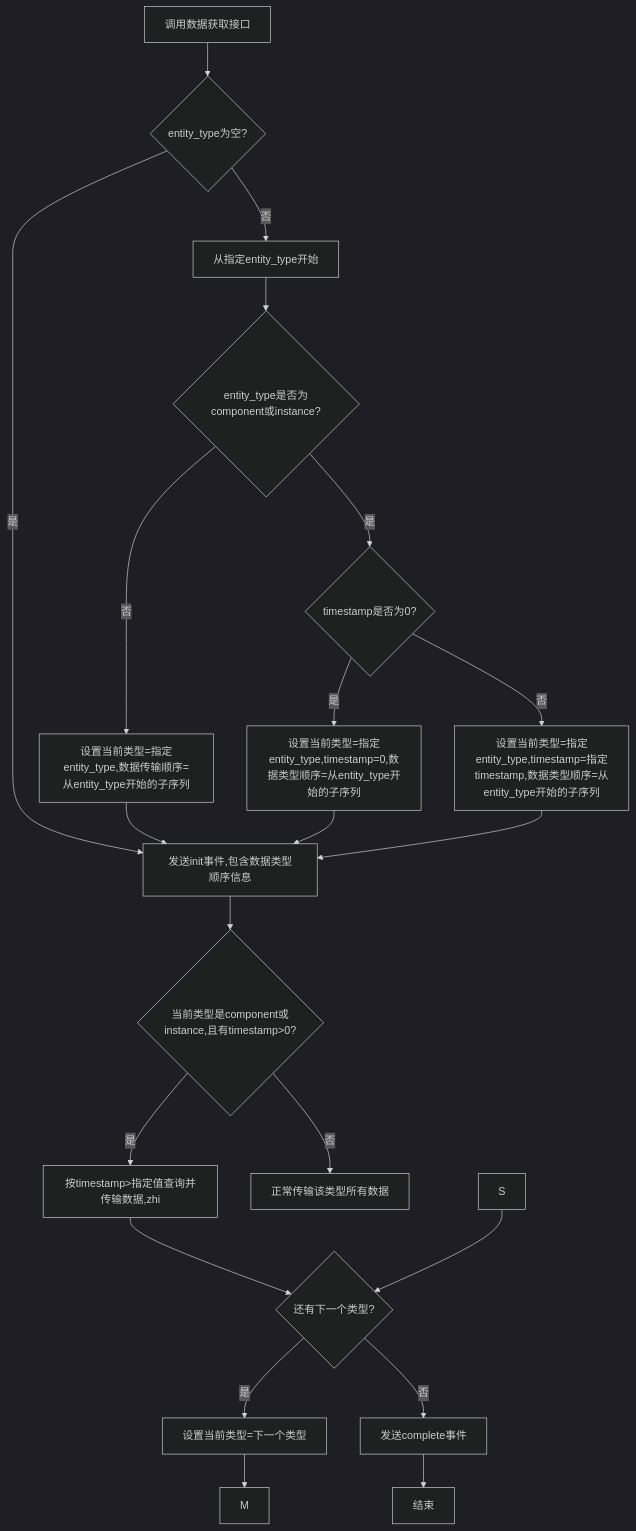
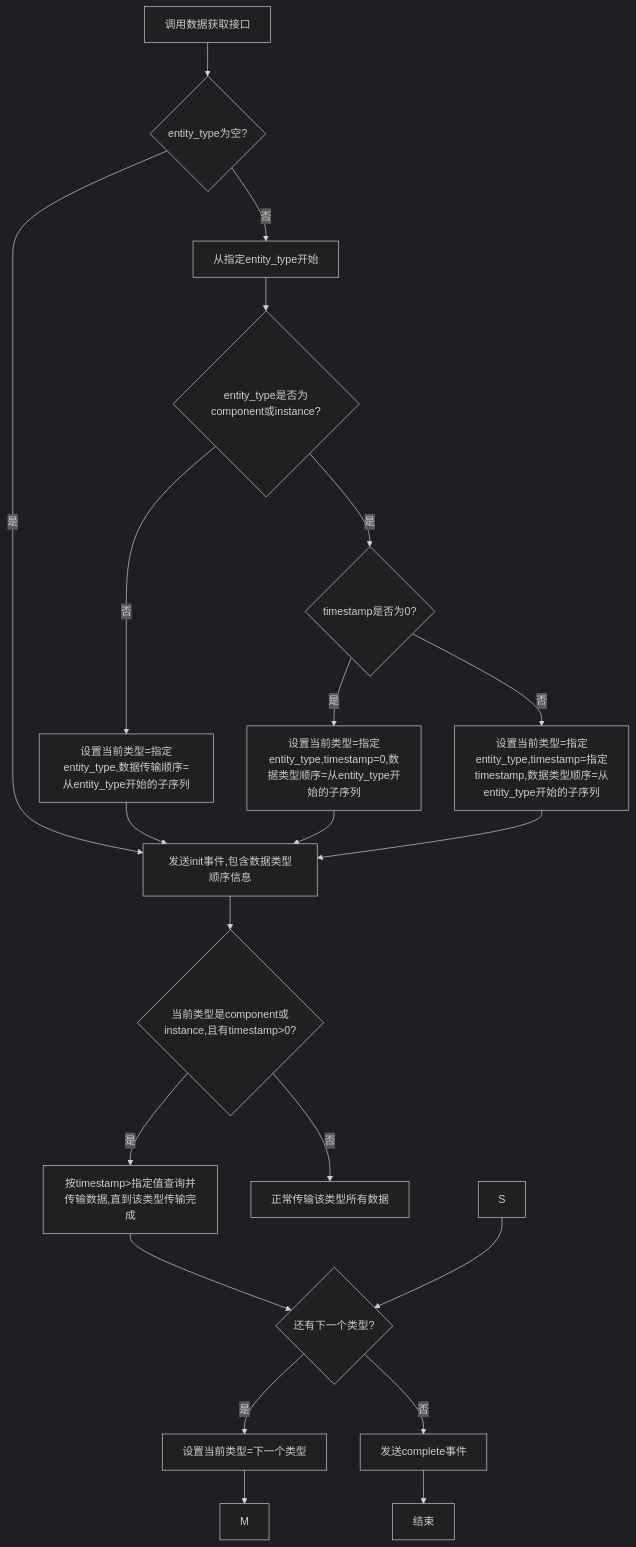
One commit to yingjianzh/iodraw-files changed the diagram in all/未命名-59.md. Above: the diagram before and after it, drawn with Mermaid (dark theme).

Commit message:
2025-05-14 15:43:44 update

````diff
--- a/all/未命名-59.md
+++ b/all/未命名-59.md
@@ -1,33 +1,33 @@
 ```mermaid
 flowchart TD
     A[调用数据获取接口] --> B{entity_type为空?}
 
     B -->|是| K[发送init事件,包含数据类型顺序信息]
     B -->|否| D[从指定entity_type开始]
     
     D --> F{entity_type是否为component或instance?}
     
     F -->|否| G[设置当前类型=指定entity_type,数据传输顺序=从entity_type开始的子序列]
     F -->|是| H{timestamp是否为0?}
     
     H -->|是| I[设置当前类型=指定entity_type,timestamp=0,数据类型顺序=从entity_type开始的子序列]
     H -->|否| J[设置当前类型=指定entity_type,timestamp=指定timestamp,数据类型顺序=从entity_type开始的子序列]
     
     G --> K
     I --> K
     J --> K
     
    
     K --> P{当前类型是component或instance,且有timestamp>0?}
-    P -->|是| Q[按timestamp>指定值查询并传输数据,zhi]
+    P -->|是| Q[按timestamp>指定值查询并传输数据,直到该类型传输完成]
     P -->|否| R[正常传输该类型所有数据]
     
     Q --> T{还有下一个类型?}
     S --> T
     
     T -->|是| U[设置当前类型=下一个类型]
     T -->|否| V[发送complete事件]
     
     U --> M
     V --> W[结束]
 ```
````
